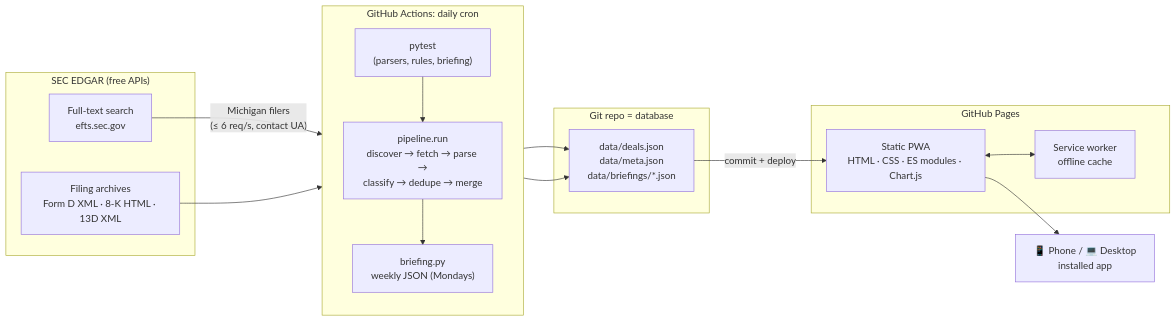
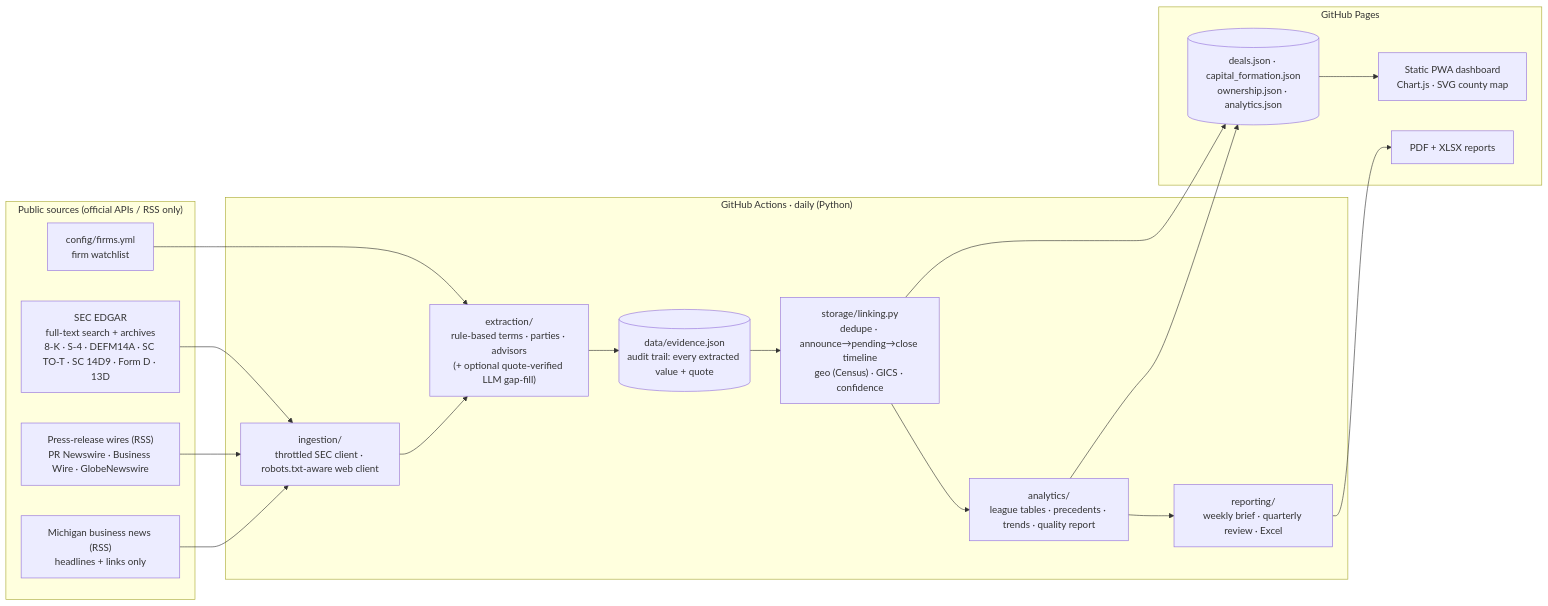
Before and after one commit to VibecoderJB/michigan-deal-radar: the diagram in README.md, drawn with Mermaid. The commit also changed other lines of this file and 81 other files, not shown here.

First line of the commit message:
v2: analytics platform, reports, tests, CI

````diff
--- a/README.md
+++ b/README.md
@@ -30,31 +41,33 @@
 ```mermaid
 flowchart LR
-    subgraph SEC["SEC EDGAR (free APIs)"]
-        FTS["Full-text search<br/>efts.sec.gov"]
-        ARC["Filing archives<br/>Form D XML · 8-K HTML · 13D XML"]
+    subgraph Sources["Public sources (official APIs / RSS only)"]
+        SEC["SEC EDGAR<br/>full-text search + archives<br/>8-K · S-4 · DEFM14A · SC TO-T · SC 14D9 · Form D · 13D"]
+        WIRE["Press-release wires (RSS)<br/>PR Newswire · Business Wire · GlobeNewswire"]
+        NEWS["Michigan business news (RSS)<br/>headlines + links only"]
+        CFG["config/firms.yml<br/>firm watchlist"]
     end
 
-    subgraph GHA["GitHub Actions: daily cron"]
-        direction TB
-        T["pytest<br/>(parsers, rules, briefing)"] --> P
-        P["pipeline.run<br/>discover → fetch → parse →<br/>classify → dedupe → merge"]
-        P --> B["briefing.py<br/>weekly JSON (Mondays)"]
+    subgraph Pipeline["GitHub Actions · daily (Python)"]
+        ING["ingestion/<br/>throttled SEC client · robots.txt-aware web client"]
+        EXT["extraction/<br/>rule-based terms · parties · advisors<br/>(+ optional quote-verified LLM gap-fill)"]
+        EVD[("data/evidence.json<br/>audit trail: every extracted value + quote")]
+        LNK["storage/linking.py<br/>dedupe · announce→pending→close timeline<br/>geo (Census) · GICS · confidence"]
+        ANA["analytics/<br/>league tables · precedents · trends · quality report"]
+        REP["reporting/<br/>weekly brief · quarterly review · Excel"]
     end
 
-    subgraph REPO["Git repo = database"]
-        D["data/deals.json<br/>data/meta.json<br/>data/briefings/*.json"]
+    subgraph Published["GitHub Pages"]
+        DATA[("deals.json · capital_formation.json<br/>ownership.json · analytics.json")]
+        APP["Static PWA dashboard<br/>Chart.js · SVG county map"]
+        PDF["PDF + XLSX reports"]
     end
 
-    subgraph PAGES["GitHub Pages"]
-        APP["Static PWA<br/>HTML · CSS · ES modules · Chart.js"]
-        SW["Service worker<br/>offline cache"]
-    end
-
-    FTS -- "Michigan filers<br/>(≤ 6 req/s, contact UA)" --> P
-    ARC --> P
-    B --> D
-    P --> D
-    D -- "commit + deploy" --> APP
-    APP <--> SW
-    APP --> U["📱 Phone / 💻 Desktop<br/>installed app"]
+    SEC --> ING
+    WIRE --> ING
+    NEWS --> ING
+    CFG --> EXT
+    ING --> EXT --> EVD --> LNK --> DATA
+    LNK --> ANA --> DATA
+    ANA --> REP --> PDF
+    DATA --> APP
 ```
````
